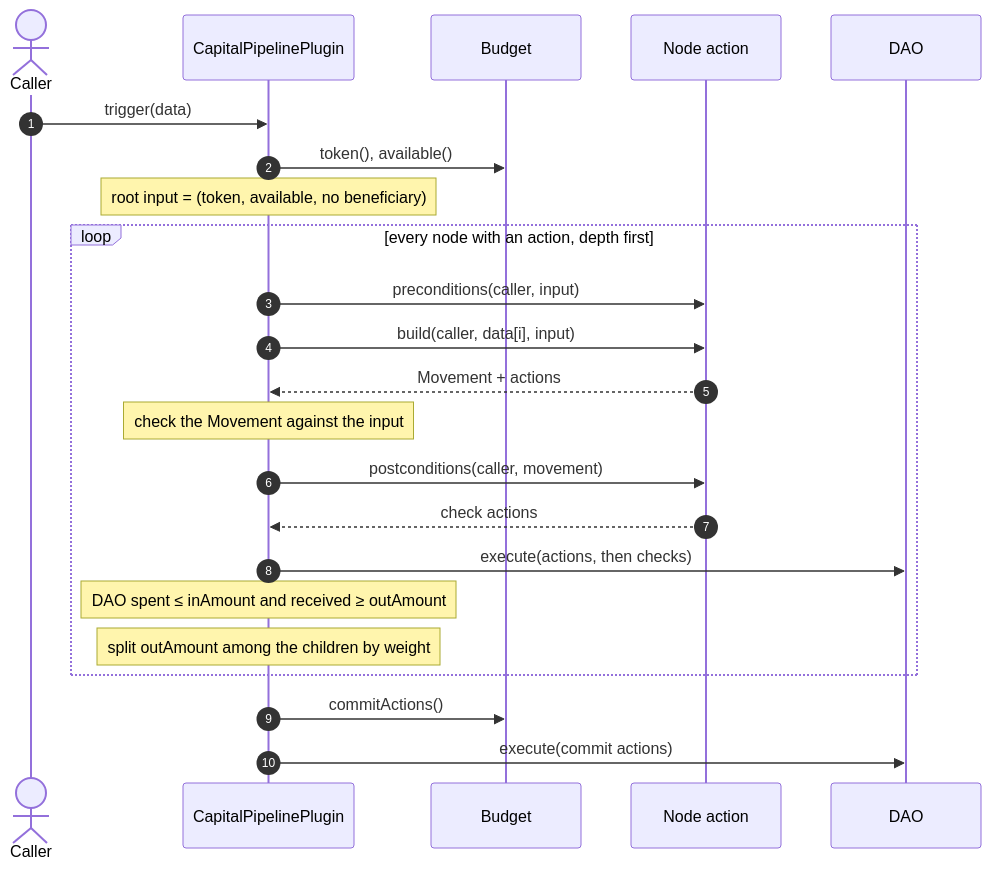
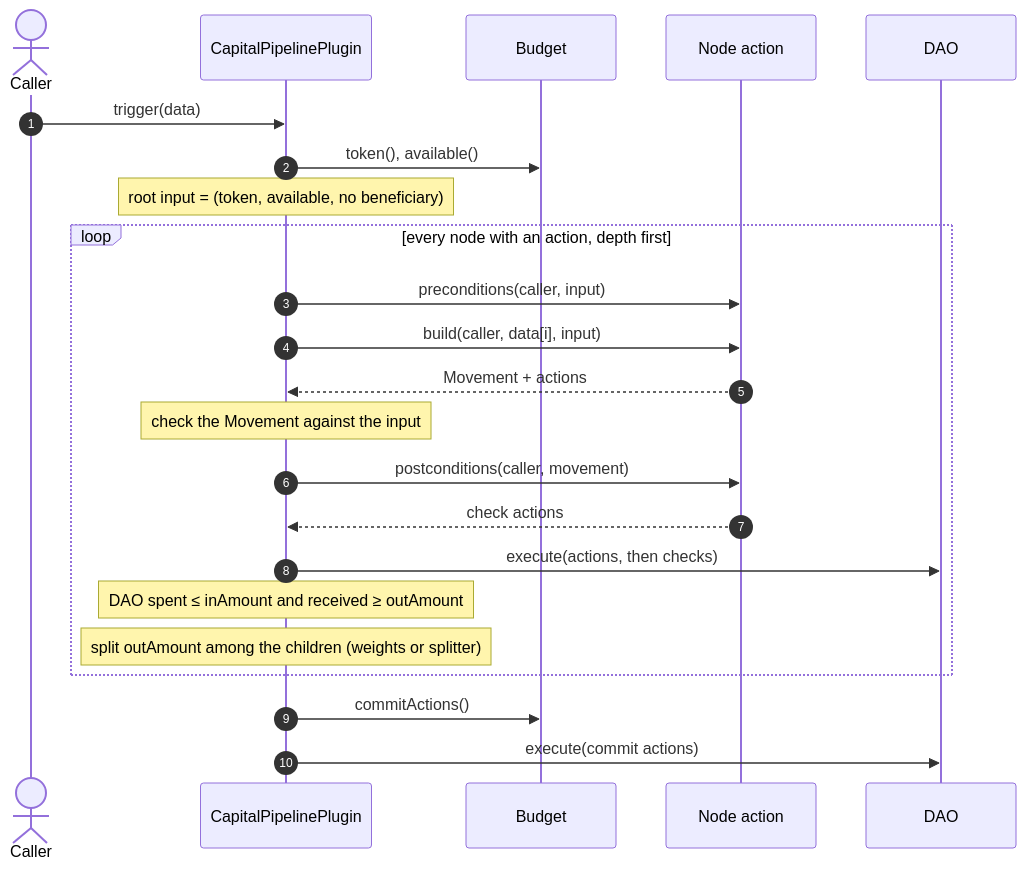
The second of 10 diagrams in README.md (antfarm-official/tree-capital), drawn with Mermaid before and after one commit. The commit also changed other lines of this file and 12 other files, not shown here.

First line of the commit message:
Let a branch split its output with a custom splitter

````diff
--- a/README.md
+++ b/README.md
@@ -50,26 +51,26 @@
 ```mermaid
 sequenceDiagram
     autonumber
     actor Caller
     participant Plugin as CapitalPipelinePlugin
     participant Budget
     participant Action as Node action
     participant DAO
 
     Caller->>Plugin: trigger(data)
     Plugin->>Budget: token(), available()
     Note over Plugin: root input = (token, available, no beneficiary)
     loop every node with an action, depth first
         Plugin->>Action: preconditions(caller, input)
         Plugin->>Action: build(caller, data[i], input)
         Action-->>Plugin: Movement + actions
         Note over Plugin: check the Movement against the input
         Plugin->>Action: postconditions(caller, movement)
         Action-->>Plugin: check actions
         Plugin->>DAO: execute(actions, then checks)
         Note over Plugin: DAO spent ≤ inAmount and received ≥ outAmount
-        Note over Plugin: split outAmount among the children by weight
+        Note over Plugin: split outAmount among the children (weights or splitter)
     end
     Plugin->>Budget: commitActions()
     Plugin->>DAO: execute(commit actions)
 ```
````
